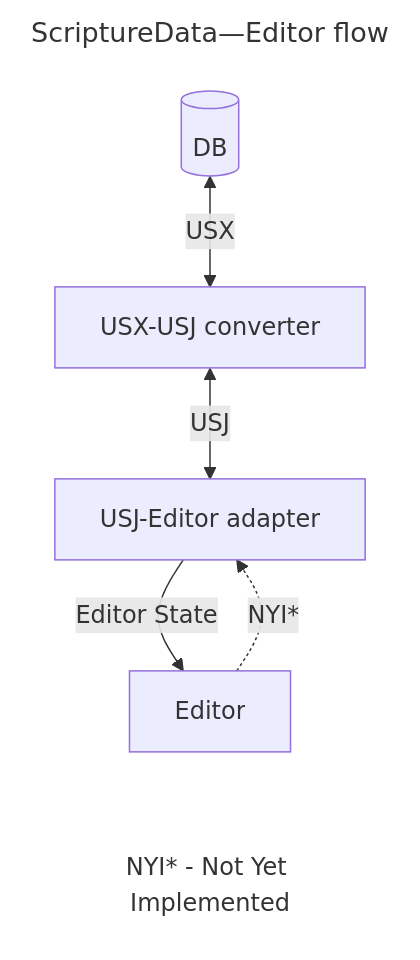
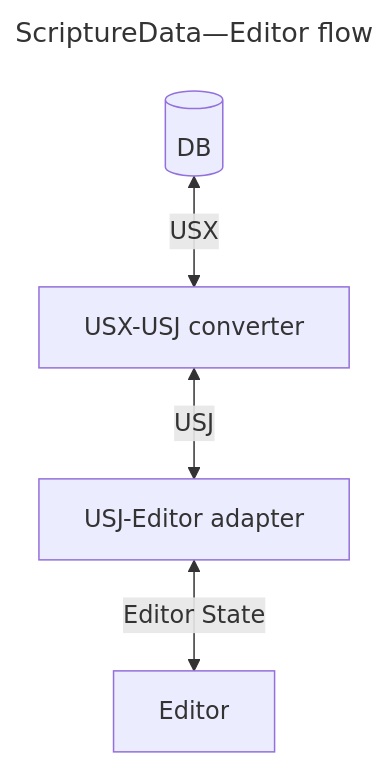
The diagram in packages/platform/README.md (BiblioNexus-Foundation/scripture-editors), drawn with Mermaid before and after one commit. The commit also changed other lines of this file and 21 other files, not shown here.

````diff
--- a/packages/platform/README.md
+++ b/packages/platform/README.md
@@ -13,13 +13,9 @@
 ```mermaid
 ---
 title: ScriptureData—Editor flow
 ---
 graph TB
   DB[(DB)] <-- USX --> C
   C[USX-USJ converter] <-- USJ --> A
-  A[USJ-Editor adapter] -- Editor State --> Editor
-  Editor -. NYI* .-> A
-
-  Editor ~~~ Key[NYI* - Not Yet Implemented]
-  style Key fill:#fff,stroke:#fff
+  A[USJ-Editor adapter] <-- Editor State --> Editor
 ```
````
